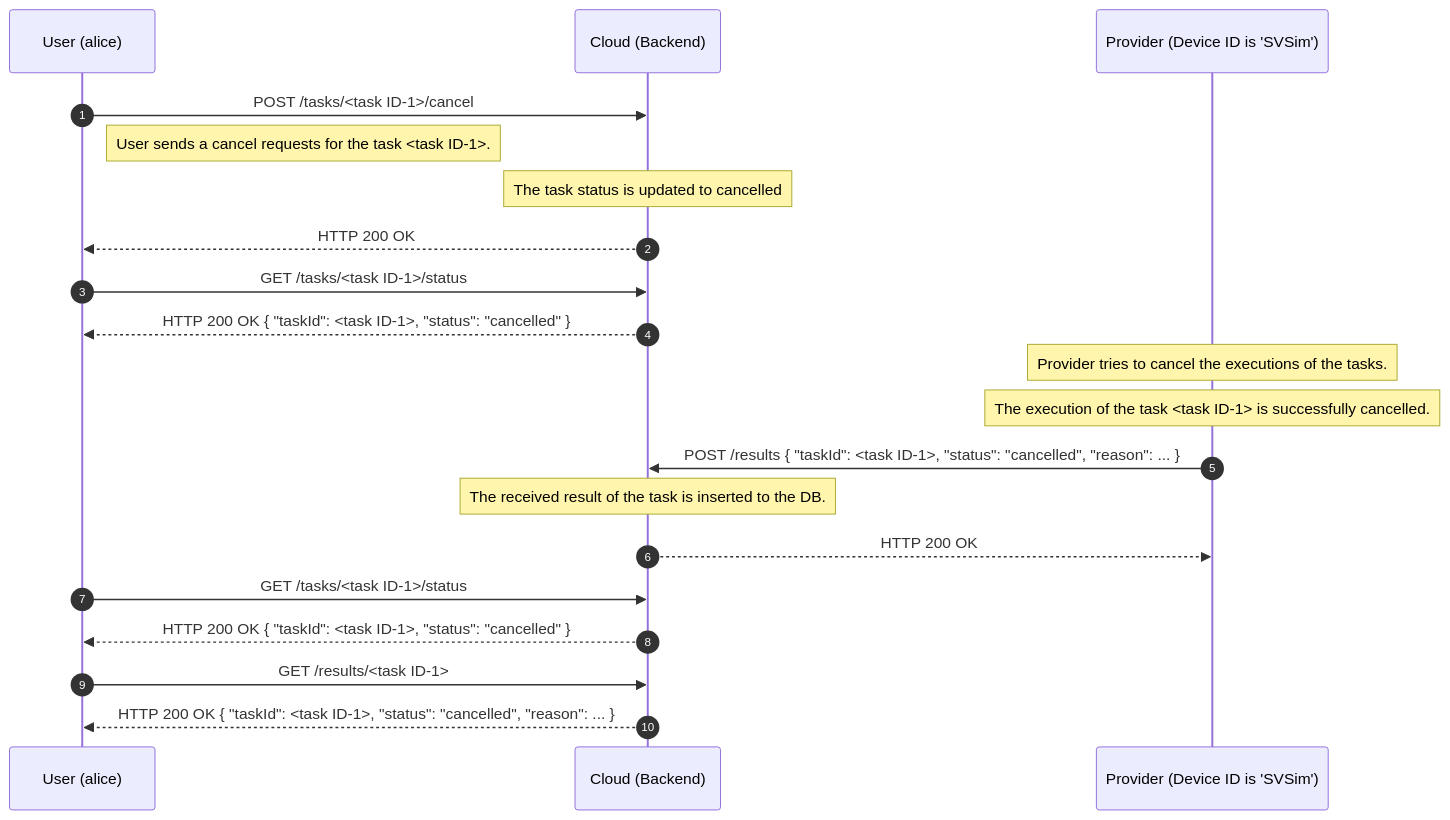
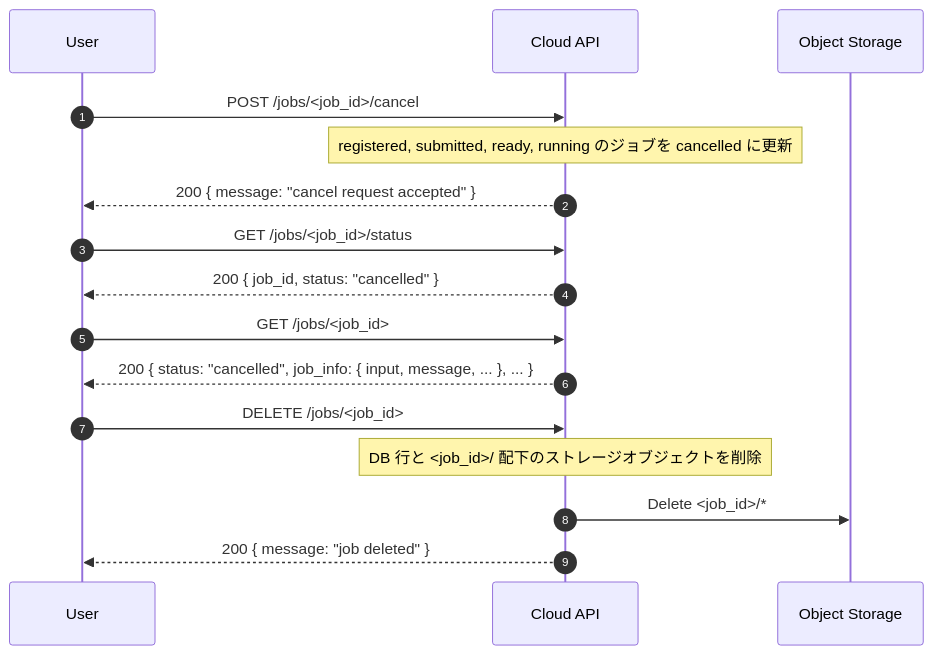
The third of 3 diagrams in docs/ja/architecture/sequence_diagram.md (oqtopus-team/oqtopus-cloud), drawn with Mermaid before and after one commit. The commit also changed other lines of this file and 6 other files, not shown here.

Commit message:
docs: clarify S3-based job storage flow and artifact format (#466)

````diff
--- a/docs/ja/architecture/sequence_diagram.md
+++ b/docs/ja/architecture/sequence_diagram.md
@@ -150,28 +105,22 @@
 ```mermaid
 sequenceDiagram
     autonumber
-    participant User as User (alice)
-    participant Cloud as Cloud (Backend)
-    participant Provider as Provider (Device ID is 'SVSim')
+    participant User as User
+    participant Cloud as Cloud API
+    participant Storage as Object Storage
 
-    User->>Cloud: POST /tasks/<task ID-1>/cancel
-    Note right of User: User sends a cancel requests for the task <task ID-1>.
-    Note over Cloud: The task status is updated to cancelled
-    Cloud-->>User: HTTP 200 OK
+    User->>Cloud: POST /jobs/<job_id>/cancel
+    Note over Cloud: registered, submitted, ready, running のジョブを cancelled に更新
+    Cloud-->>User: 200 { message: "cancel request accepted" }
 
-    User->>Cloud: GET /tasks/<task ID-1>/status
-    Cloud-->>User: HTTP 200 OK { "taskId": <task ID-1>, "status": "cancelled" }
+    User->>Cloud: GET /jobs/<job_id>/status
+    Cloud-->>User: 200 { job_id, status: "cancelled" }
 
-    Note over Provider: Provider tries to cancel the executions of the tasks.
-    Note over Provider: The execution of the task <task ID-1> is successfully cancelled.
-    Provider->>Cloud: POST /results { "taskId": <task ID-1>, "status": "cancelled", "reason": ... }
+    User->>Cloud: GET /jobs/<job_id>
+    Cloud-->>User: 200 { status: "cancelled", job_info: { input, message, ... }, ... }
 
-    Note over Cloud: The received result of the task is inserted to the DB.
-    Cloud-->>Provider: HTTP 200 OK
-
-    User->>Cloud: GET /tasks/<task ID-1>/status
-    Cloud-->>User: HTTP 200 OK { "taskId": <task ID-1>, "status": "cancelled" }
-
-    User->>Cloud: GET /results/<task ID-1>
-    Cloud-->>User: HTTP 200 OK { "taskId": <task ID-1>, "status": "cancelled", "reason": ... }
+    User->>Cloud: DELETE /jobs/<job_id>
+    Note over Cloud: DB 行と <job_id>/ 配下のストレージオブジェクトを削除
+    Cloud->>Storage: Delete <job_id>/*
+    Cloud-->>User: 200 { message: "job deleted" }
 ```
````
